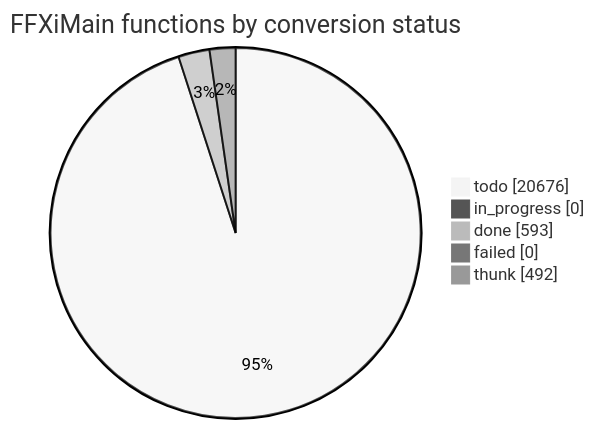
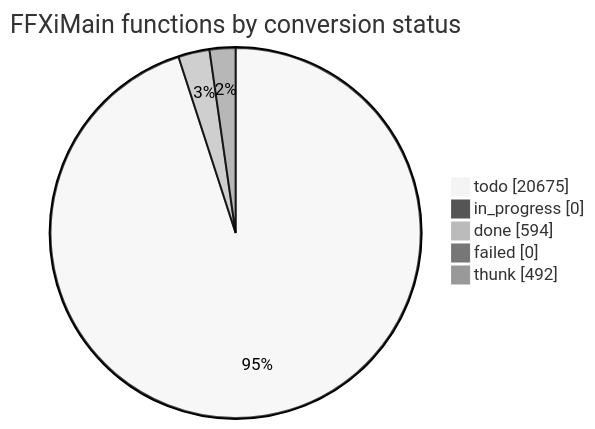
One commit to cowrevenge/cow_kuluu_xi_anything changed the diagram in docs/cow/STATUS.md. Above: the diagram before and after it, drawn with Mermaid (neutral theme). The commit also changed other lines of this file and 9 other files, not shown here.

````diff
--- a/docs/cow/STATUS.md
+++ b/docs/cow/STATUS.md
@@ -18,9 +18,9 @@
 ```mermaid
 pie showData
     title FFXiMain functions by conversion status
-    "todo" : 20676
+    "todo" : 20675
     "in_progress" : 0
-    "done" : 593
+    "done" : 594
     "failed" : 0
     "thunk" : 492
 ```
````
